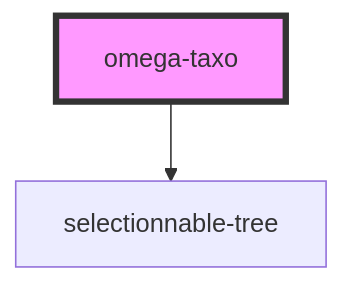
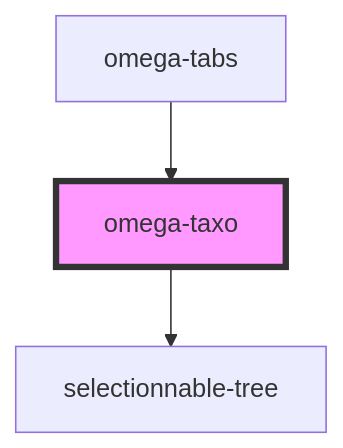
The diagram in src/components/omega-taxo/readme.md (alkihis/omega-topology), drawn with Mermaid before and after one commit. The commit also changed other lines of this file and 44 other files, not shown here.

````diff
--- a/src/components/omega-taxo/readme.md
+++ b/src/components/omega-taxo/readme.md
@@ -55,5 +59,6 @@
 ```mermaid
 graph TD;
   omega-taxo --> selectionnable-tree
+  omega-tabs --> omega-taxo
   style omega-taxo fill:#f9f,stroke:#333,stroke-width:4px
 ```
````
